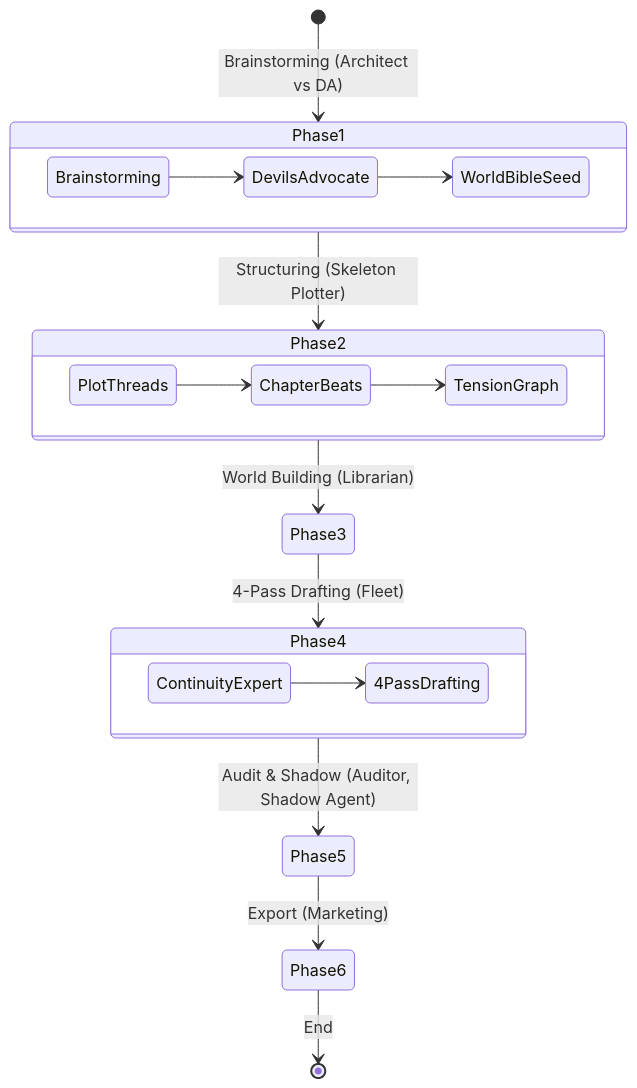
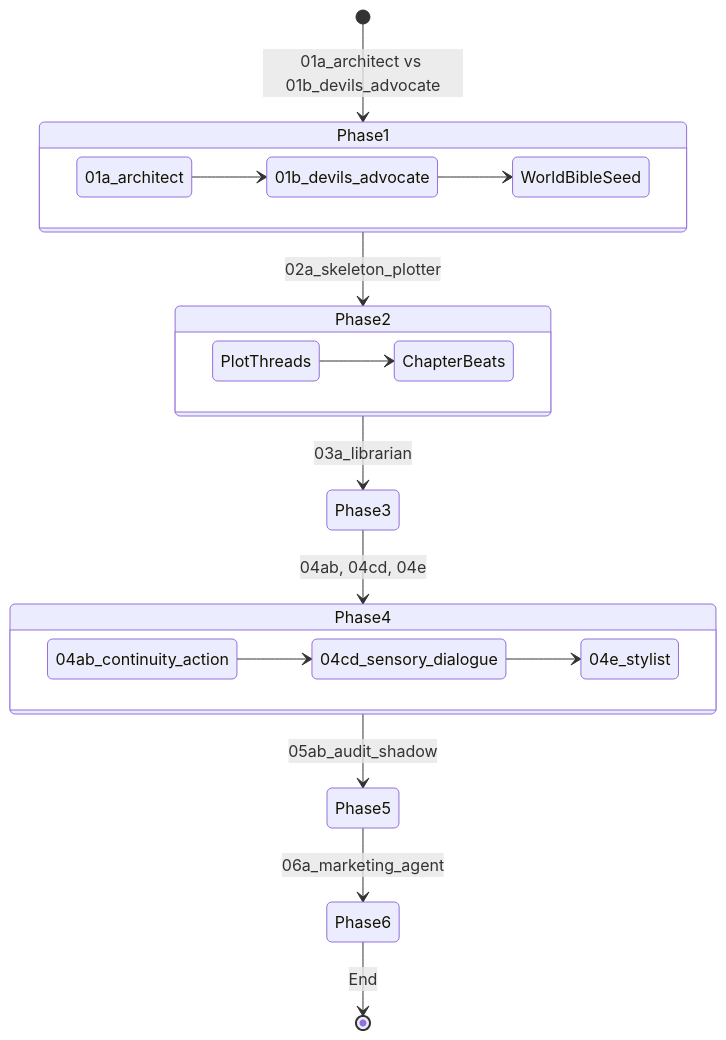
Before and after one commit to Rewbis/BookBot_06: the diagram in docs/narrative_workflow.md, drawn with Mermaid. The commit also changed other lines of this file and 18 other files, not shown here.

````diff
--- a/docs/narrative_workflow.md
+++ b/docs/narrative_workflow.md
@@ -8,27 +8,27 @@
 ```mermaid
 stateDiagram-v2
-    [*] --> Phase1: Brainstorming (Architect vs DA)
-    Phase1 --> Phase2: Structuring (Skeleton Plotter)
-    Phase2 --> Phase3: World Building (Librarian)
-    Phase3 --> Phase4: 4-Pass Drafting (Fleet)
-    Phase4 --> Phase5: Audit & Shadow (Auditor, Shadow Agent)
-    Phase5 --> Phase6: Export (Marketing)
+    [*] --> Phase1: 01a_architect vs 01b_devils_advocate
+    Phase1 --> Phase2: 02a_skeleton_plotter
+    Phase2 --> Phase3: 03a_librarian
+    Phase3 --> Phase4: 04ab, 04cd, 04e
+    Phase4 --> Phase5: 05ab_audit_shadow
+    Phase5 --> Phase6: 06a_marketing_agent
     Phase6 --> [*]: End
 
     state Phase1 {
         direction LR
-        Brainstorming --> DevilsAdvocate
-        DevilsAdvocate --> WorldBibleSeed
+        01a_architect --> 01b_devils_advocate
+        01b_devils_advocate --> WorldBibleSeed
     }
     
     state Phase2 {
         direction LR
         PlotThreads --> ChapterBeats
-        ChapterBeats --> TensionGraph
     }
     
     state Phase4 {
         direction LR
-        ContinuityExpert --> 4PassDrafting
+        04ab_continuity_action --> 04cd_sensory_dialogue
+        04cd_sensory_dialogue --> 04e_stylist
     }
 ```
````
